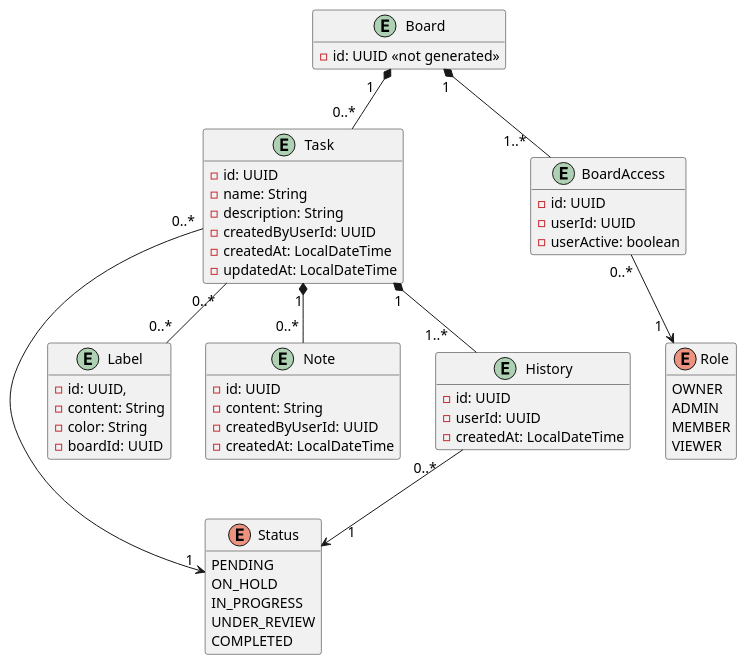
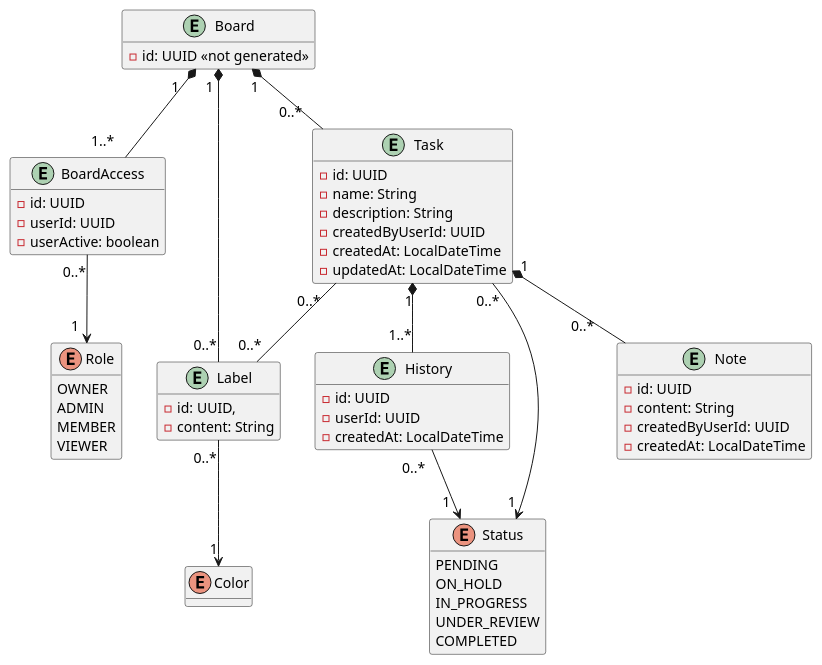
Before and after one commit to ArmandoEnrique1010K/TrelloMicroservices: the diagram in assets/Workflow_diagram.puml, drawn with PlantUML. The commit also changed 5 other files, not shown here.

```diff
--- a/assets/Workflow_diagram.puml
+++ b/assets/Workflow_diagram.puml
@@ -1,100 +1,103 @@
 @startuml Workflow
 hide methods
 skinparam ArrowFontSize 14
 
 ' =========================================================
 ' Datos provenientes indirectamente de PROJECT
 ' =========================================================
 
 ' OWNER representa al usuario administrador del workspace.
 '
 ' boardId hace referencia a un board administrado por
 ' PROJECT. No es una FK hacia una entidad Board de TASK.
 enum Role {
   OWNER
   ADMIN
   MEMBER
   VIEWER
 }
 
 entity BoardAccess {
   - id: UUID
-  '- boardId: UUID
   - userId: UUID
   - userActive: boolean
 }
 
 
 'El ID de la entidad Board no es generado automaticamente, se
 'toma el ID del Board generado en el microservicio Project, es
 'por ello que se coloca <<not generated>>
 entity Board {
   - id: UUID <<not generated>>
 }
 
 
 ' =========================================================
 ' Entidades propias de WORKFLOW
 ' =========================================================
 
 'El valor por defecto del estado es PENDING
 enum Status {
   PENDING 
   ON_HOLD
   IN_PROGRESS
   UNDER_REVIEW
   COMPLETED
 }
 
 entity Task {
   - id: UUID
   - name: String
   - description: String
   - createdByUserId: UUID
   - createdAt: LocalDateTime
   - updatedAt: LocalDateTime
 }
 
 entity Label {
   - id: UUID,
   - content: String
-  - color: String
-  - boardId: UUID
+}
+
+enum Color {
+  
 }
 
 entity Note {
   - id: UUID
   - content: String
   - createdByUserId: UUID
   - createdAt: LocalDateTime
 }
 
 
 ' Historial de estados de Task.
 ' Al crear una Task, se crea también su primer History.
 
 entity History {
   - id: UUID
   - userId: UUID
   - createdAt: LocalDateTime
 }
 
 
 ' =========================================================
 ' Relaciones
 ' =========================================================
 'Una tarea puede tener ninguno, 1 o varios labels diferentes
-Task "0..* " -- "0..*" Label
-Task "1" *-- "0..* " Note
-Task "1" *-- "1..*     " History
+Task "0..*  " -- "0..*" Label
+Task "1" *-- "0..*     " Note
+Task " 1" *-- " 1..*" History
 
-Task "0..*" -> "1 " Status
-History " 0..*    " --> "     1  " Status
+Task "0..*" ---> "1 " Status
+History " 0..*  " --> " 1  " Status
 
-Board "1" *-- "1..*    " BoardAccess
-Board " 1   " *-- "0..*" Task
+Board "1   " *-- "1..*    " BoardAccess
+Board " 1" *-- "0..*   " Task
 BoardAccess "0..*" --> "1  " Role
 
+Board " 1 " *-- "0..*" Label
 
+Label "0..*" --> " 1" Color
 
 @enduml
```
